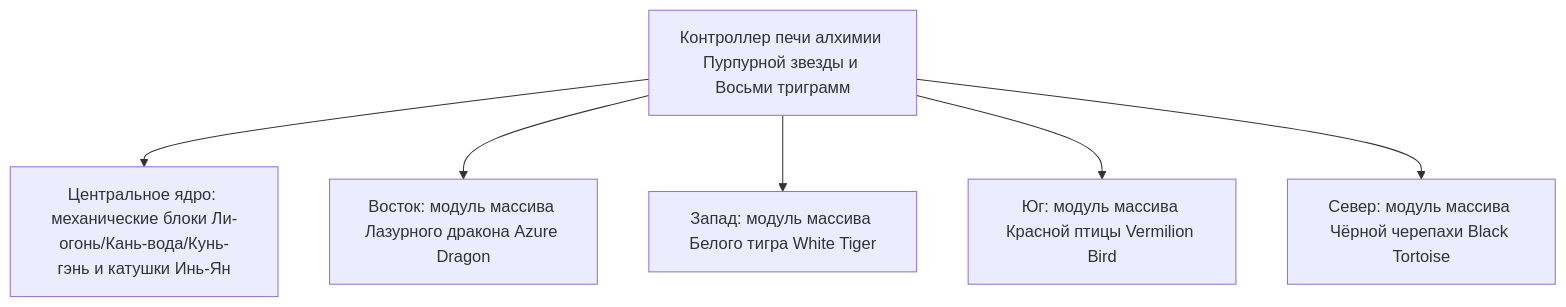
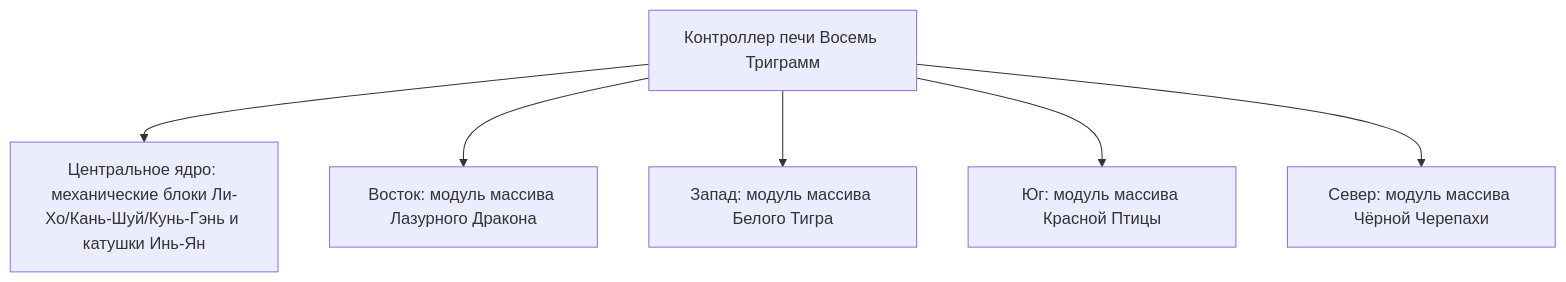
One commit to takanashisatou/GregtechEasy changed the diagram in docs/ru/gtecore/yin-yang-and-four-symbols.md. Above: the diagram before and after it, drawn with Mermaid. The commit also changed other lines of this file and 138 other files, not shown here.

````diff
--- a/docs/ru/gtecore/yin-yang-and-four-symbols.md
+++ b/docs/ru/gtecore/yin-yang-and-four-symbols.md
@@ -11,8 +11,8 @@
 ```mermaid
 graph TD
-    A[Контроллер печи алхимии Пурпурной звезды и Восьми триграмм] --> B[Центральное ядро: механические блоки Ли-огонь/Кань-вода/Кунь-гэнь и катушки Инь-Ян]
-    A --> C[Восток: модуль массива Лазурного дракона Azure Dragon]
-    A --> D[Запад: модуль массива Белого тигра White Tiger]
-    A --> E[Юг: модуль массива Красной птицы Vermilion Bird]
-    A --> F[Север: модуль массива Чёрной черепахи Black Tortoise]
+    A[Контроллер печи Восемь Триграмм] --> B[Центральное ядро: механические блоки Ли-Хо/Кань-Шуй/Кунь-Гэнь и катушки Инь-Ян]
+    A --> C[Восток: модуль массива Лазурного Дракона]
+    A --> D[Запад: модуль массива Белого Тигра]
+    A --> E[Юг: модуль массива Красной Птицы]
+    A --> F[Север: модуль массива Чёрной Черепахи]
 ```
````
